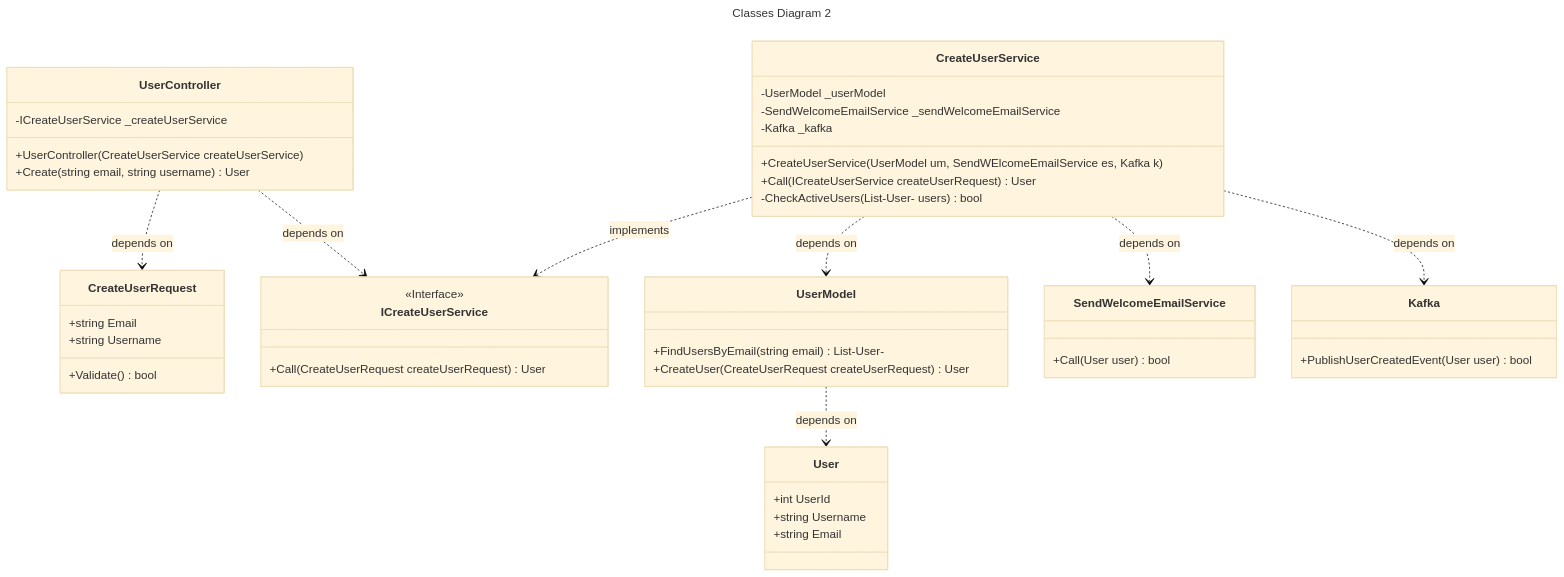
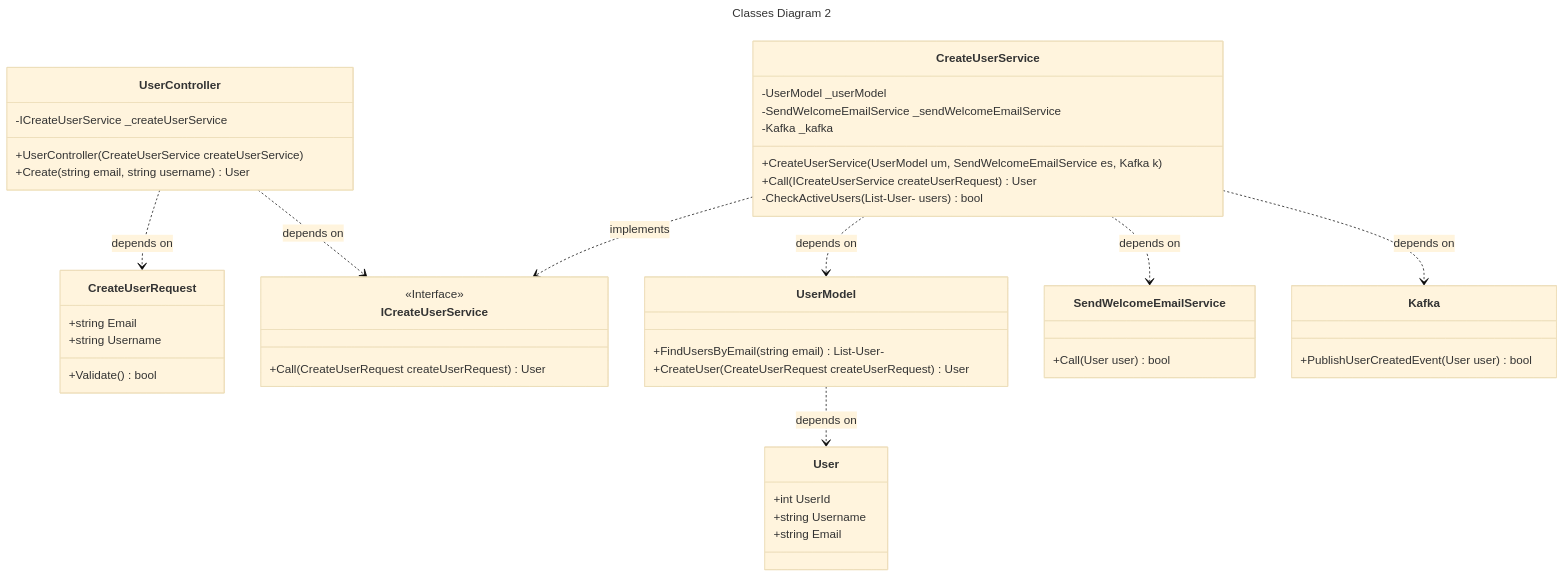
Before and after one commit to johnnolan/mermaid-learning: the diagram in 6-classesDiagrams-2.md, drawn with Mermaid (base theme).

````diff
--- a/6-classesDiagrams-2.md
+++ b/6-classesDiagrams-2.md
@@ -3,60 +3,60 @@
 ```mermaid
 ---
 title: Classes Diagram 2
 ---
 classDiagram
     class UserController {
         -ICreateUserService _createUserService
         +UserController(CreateUserService createUserService)
         +Create(string email, string username) User
     }
 
     class CreateUserRequest {
         +string Email
         +string Username
 
         +Validate() bool
     }
 
     class ICreateUserService {
         <<Interface>>
         +Call(CreateUserRequest createUserRequest) User
     }
 
     class CreateUserService {
         -UserModel _userModel
         -SendWelcomeEmailService _sendWelcomeEmailService
         -Kafka _kafka
-        +CreateUserService(UserModel um, SendWElcomeEmailService es, Kafka k)
+        +CreateUserService(UserModel um, SendWelcomeEmailService es, Kafka k)
         +Call(ICreateUserService createUserRequest) User
         -CheckActiveUsers(List-User- users) bool
     }
 
     class UserModel {
         +FindUsersByEmail(string email) List-User-
         +CreateUser(CreateUserRequest createUserRequest) User
     }
 
     class User {
         +int UserId
         +string Username
         +string Email
     }
 
     class SendWelcomeEmailService {
         +Call(User user) bool
     }
 
     class Kafka {
         +PublishUserCreatedEvent(User user) bool
     }
 
     UserController ..> ICreateUserService: depends on
     UserController ..> CreateUserRequest: depends on
     CreateUserService ..> ICreateUserService: implements
     CreateUserService ..> UserModel: depends on
     UserModel ..> User: depends on
     CreateUserService ..> SendWelcomeEmailService: depends on
     CreateUserService ..> Kafka: depends on
 
 ```
````
